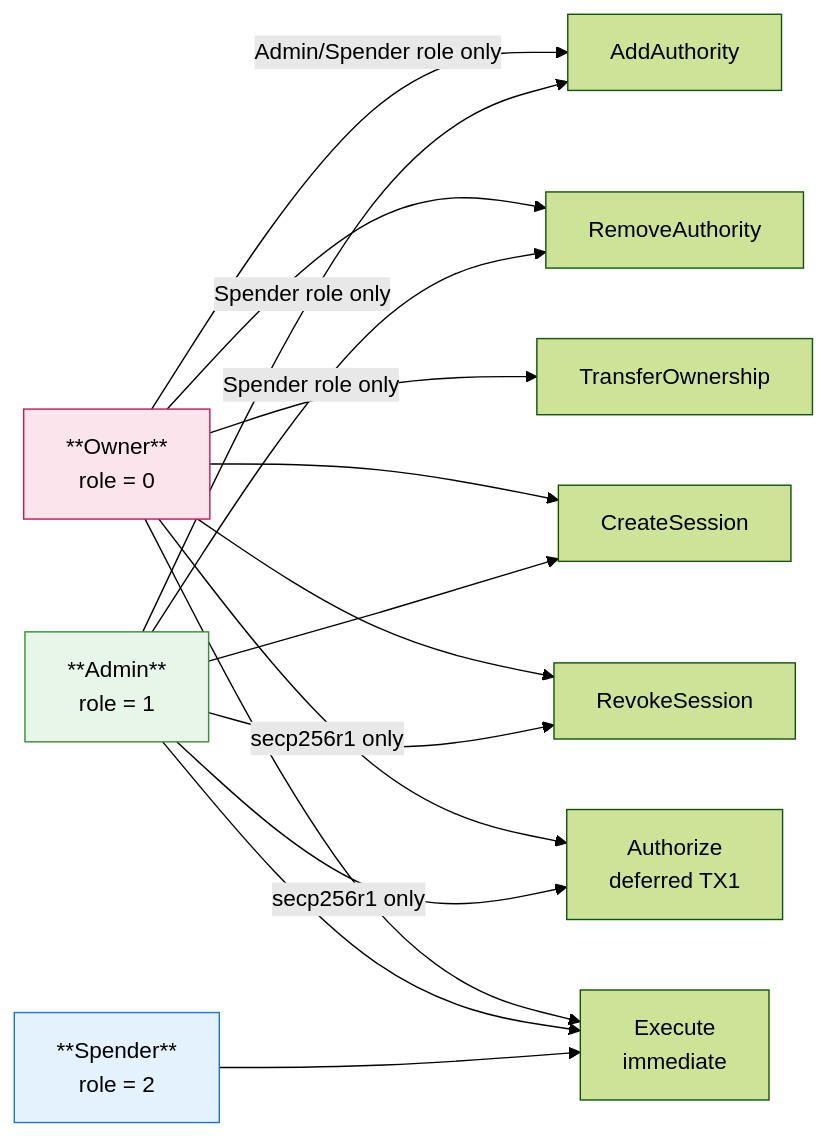
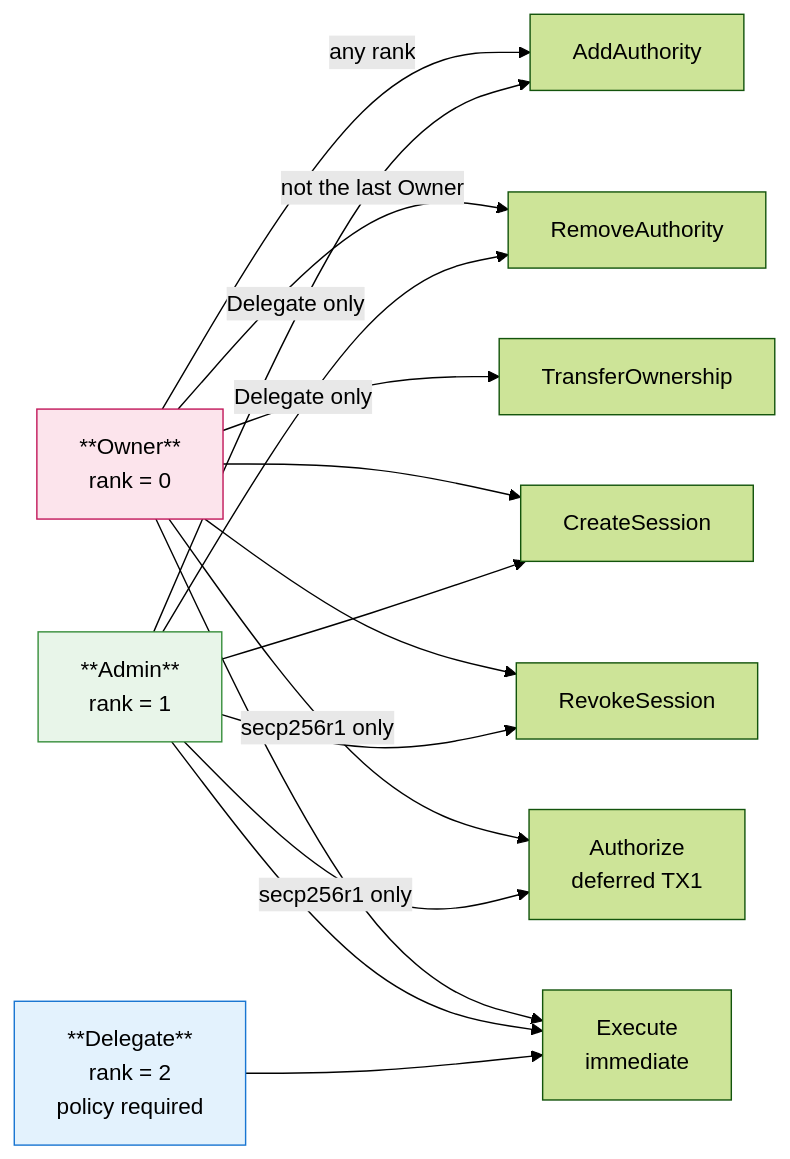
The fourth of 6 diagrams in docs/Architecture.md (lazor-kit/lazorkit-protocol), drawn with Mermaid (forest theme) before and after one commit. The commit also changed other lines of this file and 6 other files, not shown here.

````diff
--- a/docs/Architecture.md
+++ b/docs/Architecture.md
@@ -345,38 +407,38 @@
 ```mermaid
 flowchart LR
-    Owner["**Owner**<br/>role = 0"]
-    Admin["**Admin**<br/>role = 1"]
-    Spender["**Spender**<br/>role = 2"]
+    Owner["**Owner**<br/>rank = 0"]
+    Admin["**Admin**<br/>rank = 1"]
+    Delegate["**Delegate**<br/>rank = 2<br/>policy required"]
 
     Add[AddAuthority]
     Remove[RemoveAuthority]
     Transfer[TransferOwnership]
     CreateS[CreateSession]
     RevokeS[RevokeSession]
     Authorize[Authorize<br/>deferred TX1]
     Exec[Execute<br/>immediate]
 
-    Owner -->|Admin/Spender role only| Add
-    Owner --> Remove
+    Owner -->|any rank| Add
+    Owner -->|not the last Owner| Remove
     Owner --> Transfer
     Owner --> CreateS
     Owner --> RevokeS
     Owner -->|secp256r1 only| Authorize
     Owner --> Exec
 
-    Admin -->|Spender role only| Add
-    Admin -->|Spender role only| Remove
+    Admin -->|Delegate only| Add
+    Admin -->|Delegate only| Remove
     Admin --> CreateS
     Admin --> RevokeS
     Admin -->|secp256r1 only| Authorize
     Admin --> Exec
 
-    Spender --> Exec
+    Delegate --> Exec
 
     classDef owner fill:#fce4ec,stroke:#c2185b,color:#000
     classDef admin fill:#e8f5e9,stroke:#388e3c,color:#000
-    classDef spender fill:#e3f2fd,stroke:#1976d2,color:#000
+    classDef delegate fill:#e3f2fd,stroke:#1976d2,color:#000
     class Owner owner
     class Admin admin
-    class Spender spender
+    class Delegate delegate
 ```
````
